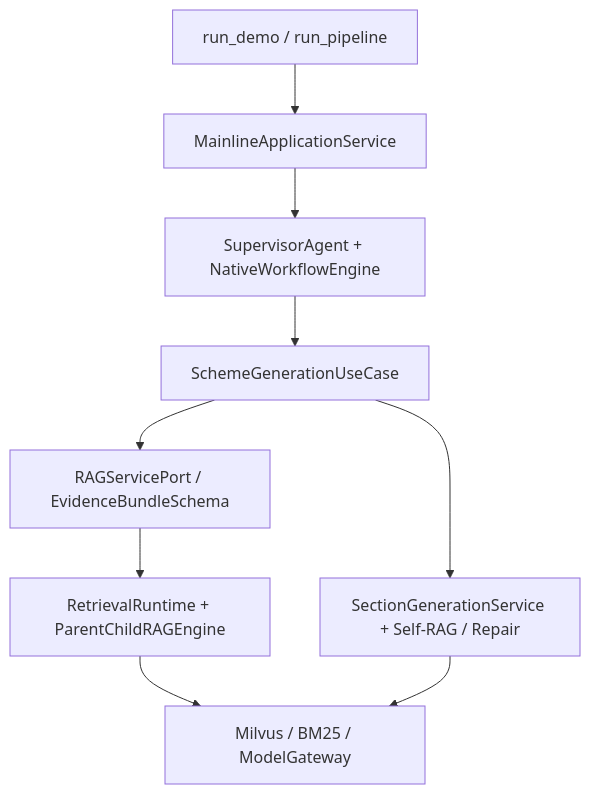
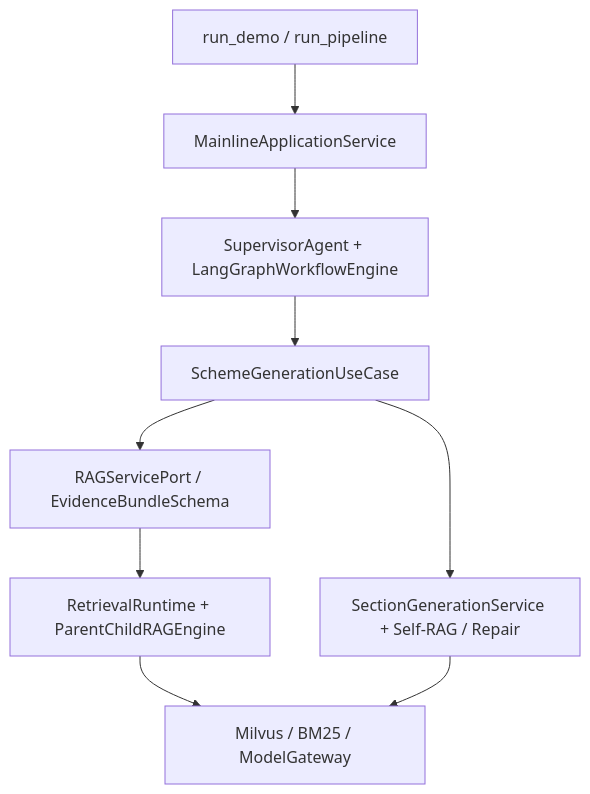
One commit to shangxunhang/enterprise-rag-agent changed the first of 3 diagrams in docs/ARCHITECTURE_REFACTOR_V1.md. Above: the diagram before and after it, drawn with Mermaid. The commit also changed 13 other files, not shown here.

Commit message:
refactor: migrate workflow runtime to LangGraph

````diff
--- a/docs/ARCHITECTURE_REFACTOR_V1.md
+++ b/docs/ARCHITECTURE_REFACTOR_V1.md
@@ -7,15 +7,15 @@
 ```mermaid
 flowchart TB
     Entry["run_demo / run_pipeline"]
     App["MainlineApplicationService"]
-    Workflow["SupervisorAgent + NativeWorkflowEngine"]
+    Workflow["SupervisorAgent + LangGraphWorkflowEngine"]
     UseCase["SchemeGenerationUseCase"]
     RAGPort["RAGServicePort / EvidenceBundleSchema"]
     RAG["RetrievalRuntime + ParentChildRAGEngine"]
     Gen["SectionGenerationService + Self-RAG / Repair"]
     Infra["Milvus / BM25 / ModelGateway"]
 
     Entry --> App --> Workflow --> UseCase
     UseCase --> RAGPort --> RAG --> Infra
     UseCase --> Gen --> Infra
 ```
````
